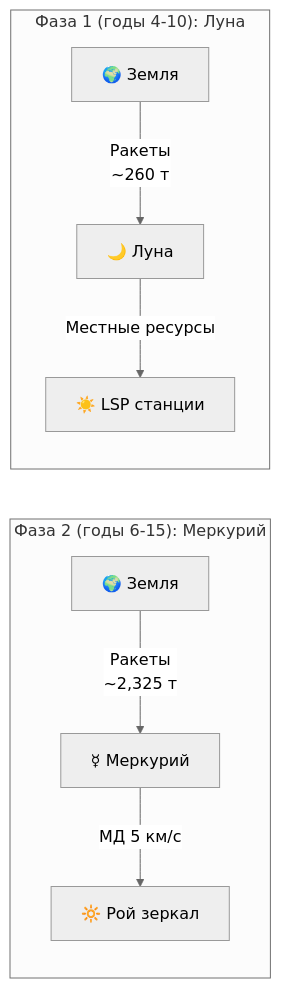
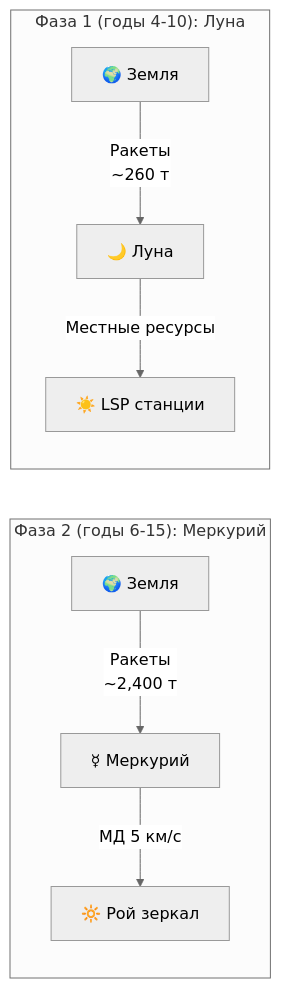
One commit to DmitryNasikanov/infinite-energy changed the first of 3 diagrams in ru/science/summaries/delivery.qmd. Above: the diagram before and after it, drawn with Mermaid (neutral theme). The commit also changed other lines of this file and 15 other files, not shown here.

````diff
--- a/ru/science/summaries/delivery.qmd
+++ b/ru/science/summaries/delivery.qmd
@@ -98,13 +98,13 @@
 ```{mermaid}
 %%| fig-width: 8
 flowchart LR
     subgraph "Фаза 2 (годы 6-15): Меркурий"
-        E2[🌍 Земля] -->|"Ракеты<br>~2,325 т"| M[☿ Меркурий]
+        E2[🌍 Земля] -->|"Ракеты<br>~2,400 т"| M[☿ Меркурий]
         M -->|"МД 5 км/с"| R[🔆 Рой зеркал]
     end
 
     subgraph "Фаза 1 (годы 4-10): Луна"
         E1[🌍 Земля] -->|"Ракеты<br>~260 т"| L[🌙 Луна]
         L -->|"Местные ресурсы"| LSP[☀️ LSP станции]
     end
 ```
````
